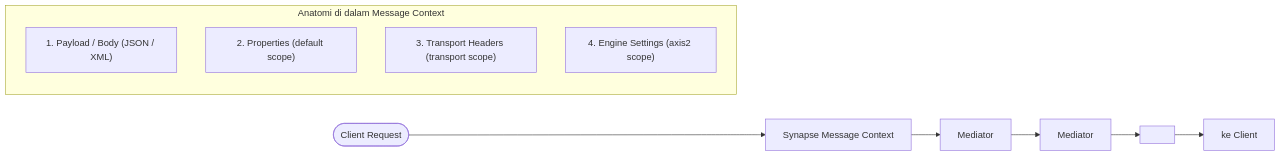
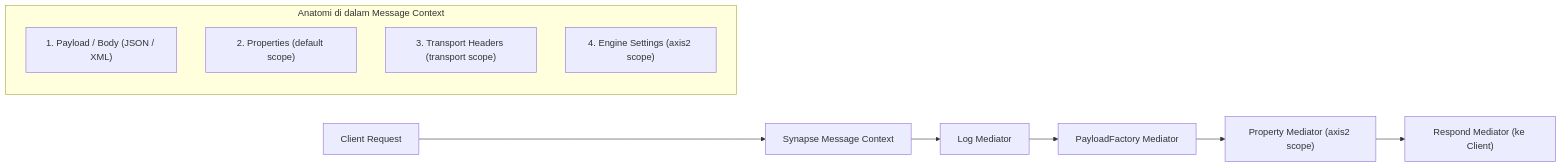
The first of 2 diagrams in materi/wso2/02_core_mediators.md (jovancamorris/assa-learn-tech), drawn with Mermaid before and after one commit. The commit also changed other lines of this file and 11 other files, not shown here.

````diff
--- a/materi/wso2/02_core_mediators.md
+++ b/materi/wso2/02_core_mediators.md
@@ -21,16 +21,16 @@
 ```mermaid
 flowchart LR
-    Client([Client Request]) --> MC[Synapse Message Context]
+    Client["Client Request"] --> MC["Synapse Message Context"]
     
     subgraph Inside_MC ["Anatomi di dalam Message Context"]
         Body["1. Payload / Body (JSON / XML)"]
         Props["2. Properties (default scope)"]
         Trp["3. Transport Headers (transport scope)"]
         Axis2["4. Engine Settings (axis2 scope)"]
     end
     
-    MC --> M1["<log> Mediator"]
-    M1 --> M2["<payloadFactory> Mediator"]
-    M2 --> M3["<property scope='axis2'>"]
-    M3 --> Resp["<respond/> ke Client"]
+    MC --> M1["Log Mediator"]
+    M1 --> M2["PayloadFactory Mediator"]
+    M2 --> M3["Property Mediator (axis2 scope)"]
+    M3 --> Resp["Respond Mediator (ke Client)"]
 ```
````
